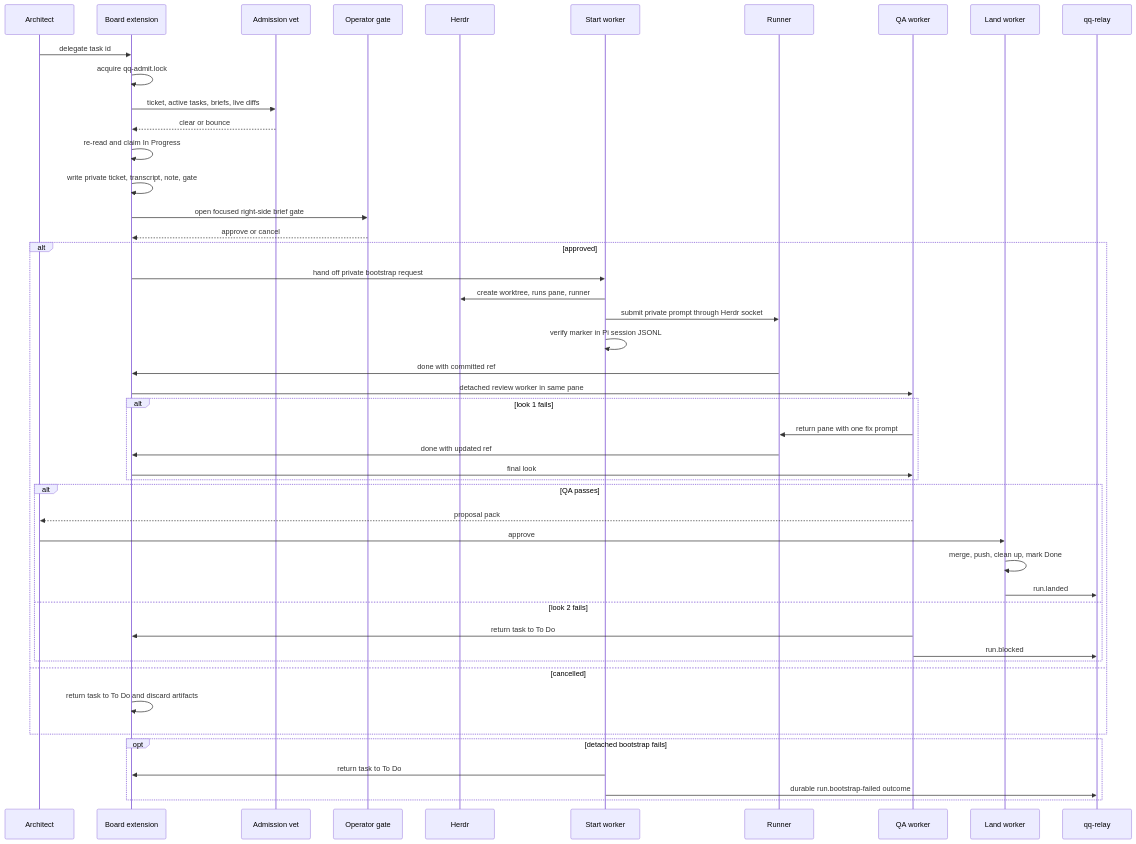
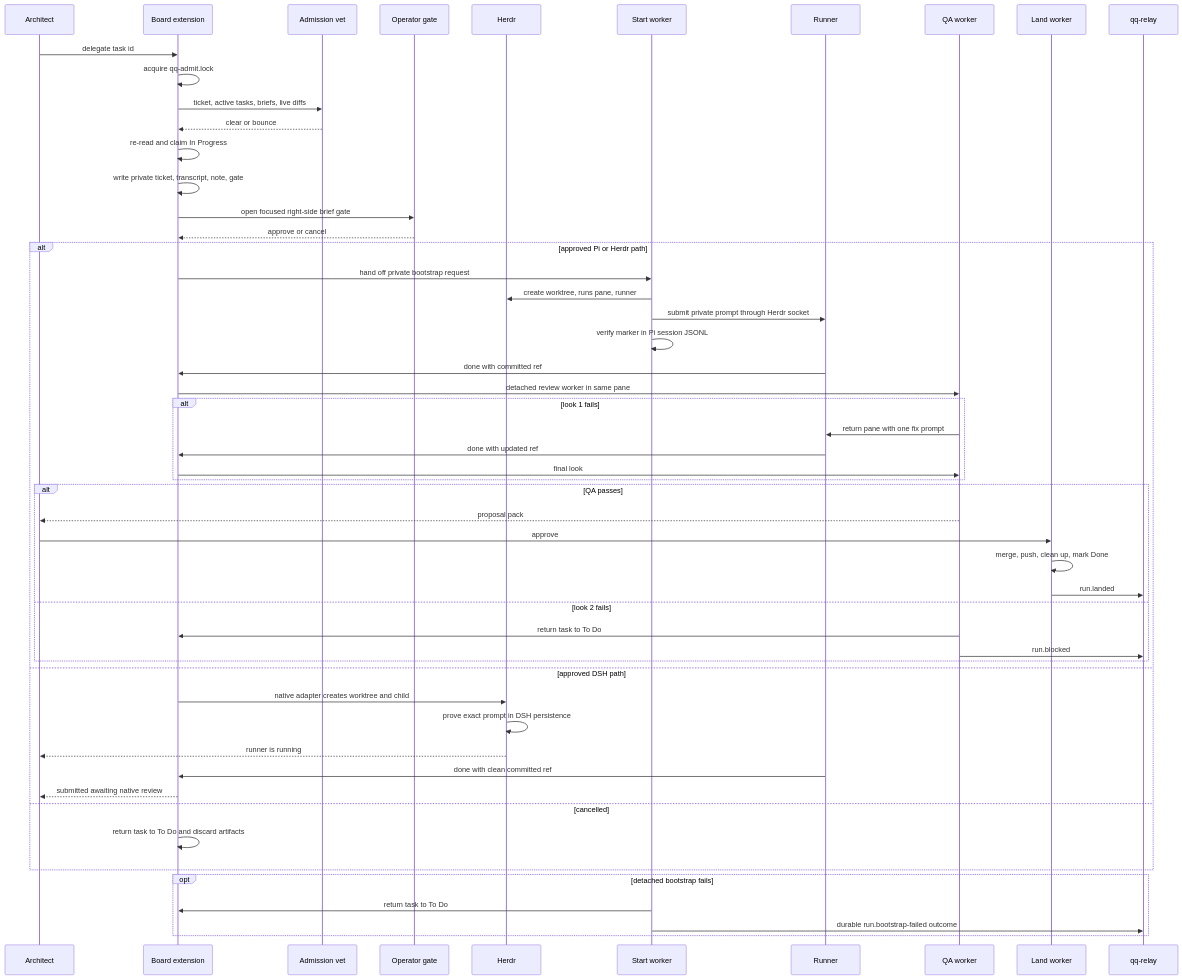
The first of 2 diagrams in openwiki/workflow/delegation-and-review.md (hypermemetic-ai/qq), drawn with Mermaid before and after one commit. The commit also changed other lines of this file and 7 other files, not shown here.

````diff
--- a/openwiki/workflow/delegation-and-review.md
+++ b/openwiki/workflow/delegation-and-review.md
@@ -27,50 +27,56 @@
 ```mermaid
 sequenceDiagram
     participant A as Architect
     participant B as Board extension
     participant V as Admission vet
     participant O as Operator gate
     participant H as Herdr
     participant S as Start worker
     participant R as Runner
     participant Q as QA worker
     participant L as Land worker
     participant E as qq-relay
 
     A->>B: delegate task id
     B->>B: acquire qq-admit.lock
     B->>V: ticket, active tasks, briefs, live diffs
     V-->>B: clear or bounce
     B->>B: re-read and claim In Progress
     B->>B: write private ticket, transcript, note, gate
     B->>O: open focused right-side brief gate
     O-->>B: approve or cancel
-    alt approved
+    alt approved Pi or Herdr path
         B->>S: hand off private bootstrap request
         S->>H: create worktree, runs pane, runner
         S->>R: submit private prompt through Herdr socket
         S->>S: verify marker in Pi session JSONL
         R->>B: done with committed ref
         B->>Q: detached review worker in same pane
         alt look 1 fails
             Q->>R: return pane with one fix prompt
             R->>B: done with updated ref
             B->>Q: final look
         end
         alt QA passes
             Q-->>A: proposal pack
             A->>L: approve
             L->>L: merge, push, clean up, mark Done
             L->>E: run.landed
         else look 2 fails
             Q->>B: return task to To Do
             Q->>E: run.blocked
         end
+    else approved DSH path
+        B->>H: native adapter creates worktree and child
+        H->>H: prove exact prompt in DSH persistence
+        H-->>A: runner is running
+        R->>B: done with clean committed ref
+        B-->>A: submitted awaiting native review
     else cancelled
         B->>B: return task to To Do and discard artifacts
     end
     opt detached bootstrap fails
         S->>B: return task to To Do
         S->>E: durable run.bootstrap-failed outcome
     end
 ```
````
